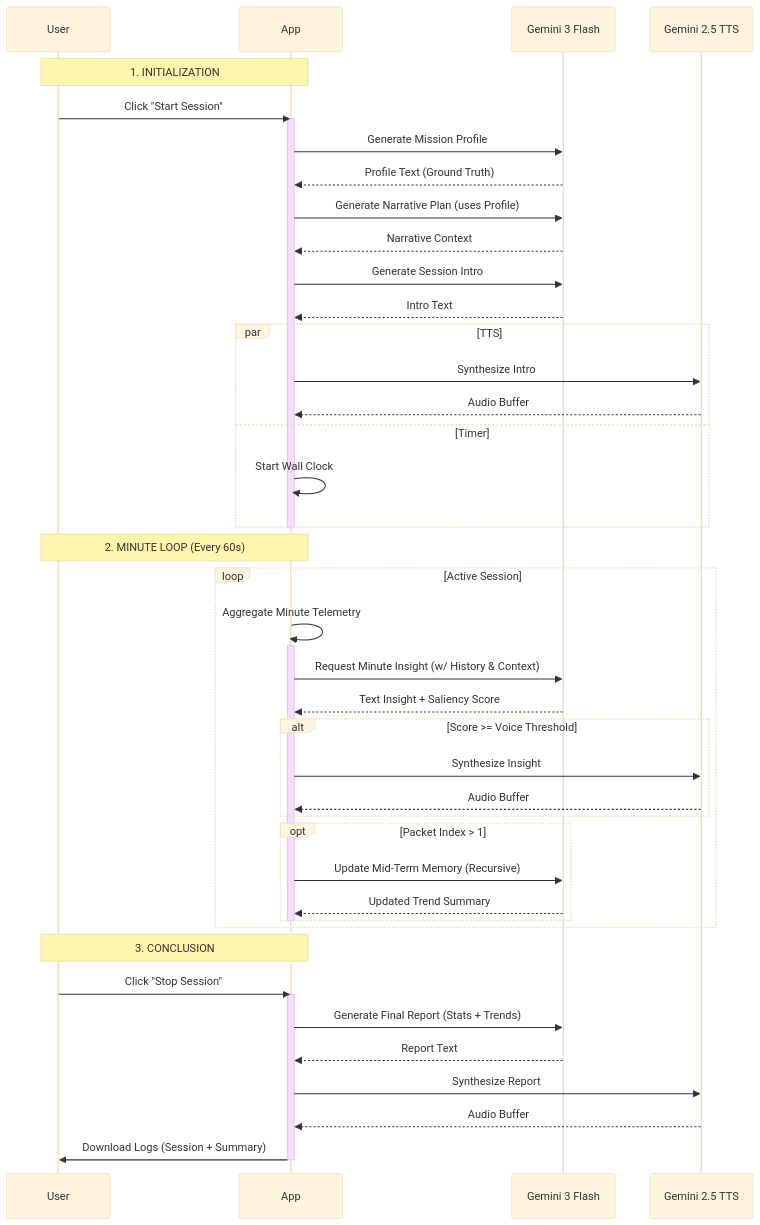
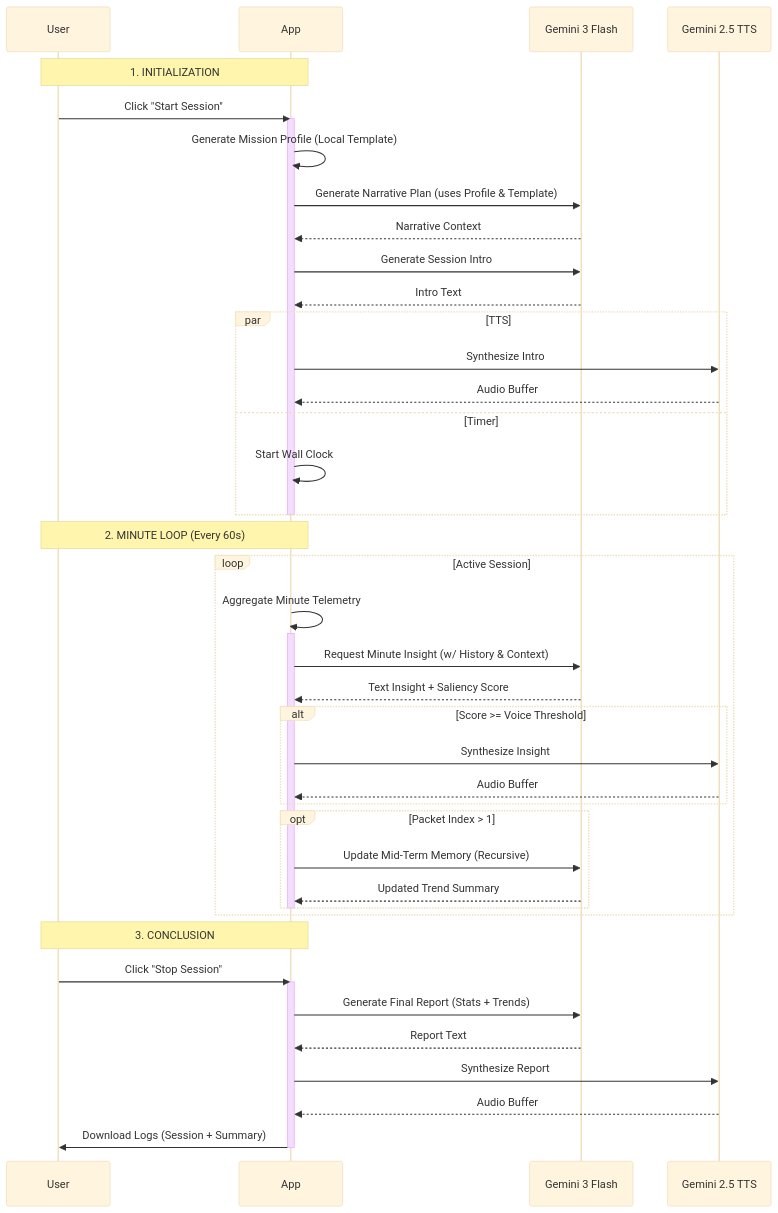
The diagram in llm.md (frogofprey/aahrm_vibe_proto), drawn with Mermaid (base theme) before and after one commit. The commit also changed other lines of this file and 2 other files, not shown here.

````diff
--- a/llm.md
+++ b/llm.md
@@ -116,53 +118,52 @@
 ```mermaid
 sequenceDiagram
     participant User
     participant App
     participant Flash as Gemini 3 Flash
     participant TTS as Gemini 2.5 TTS
 
     Note over User, App: 1. INITIALIZATION
     User->>App: Click "Start Session"
     activate App
-    App->>Flash: Generate Mission Profile
-    Flash-->>App: Profile Text (Ground Truth)
-    App->>Flash: Generate Narrative Plan (uses Profile)
+    App->>App: Generate Mission Profile (Local Template)
+    App->>Flash: Generate Narrative Plan (uses Profile & Template)
     Flash-->>App: Narrative Context
     App->>Flash: Generate Session Intro
     Flash-->>App: Intro Text
     par TTS
         App->>TTS: Synthesize Intro
         TTS-->>App: Audio Buffer
     and Timer
         App->>App: Start Wall Clock
     end
     deactivate App
 
     Note over User, App: 2. MINUTE LOOP (Every 60s)
     loop Active Session
         App->>App: Aggregate Minute Telemetry
         activate App
         App->>Flash: Request Minute Insight (w/ History & Context)
         Flash-->>App: Text Insight + Saliency Score
         
         alt Score >= Voice Threshold
             App->>TTS: Synthesize Insight
             TTS-->>App: Audio Buffer
         end
         
         opt Packet Index > 1
             App->>Flash: Update Mid-Term Memory (Recursive)
             Flash-->>App: Updated Trend Summary
         end
         deactivate App
     end
 
     Note over User, App: 3. CONCLUSION
     User->>App: Click "Stop Session"
     activate App
     App->>Flash: Generate Final Report (Stats + Trends)
     Flash-->>App: Report Text
     App->>TTS: Synthesize Report
     TTS-->>App: Audio Buffer
     App->>User: Download Logs (Session + Summary)
     deactivate App
 ```
````
